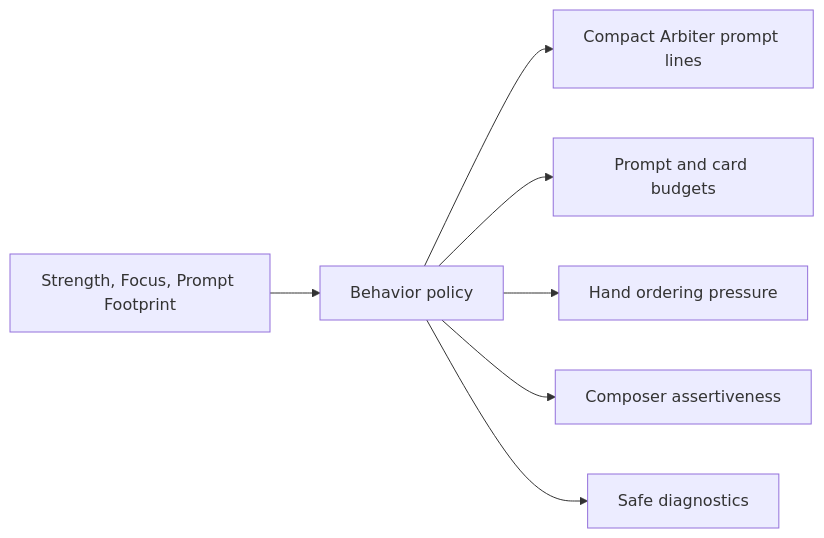
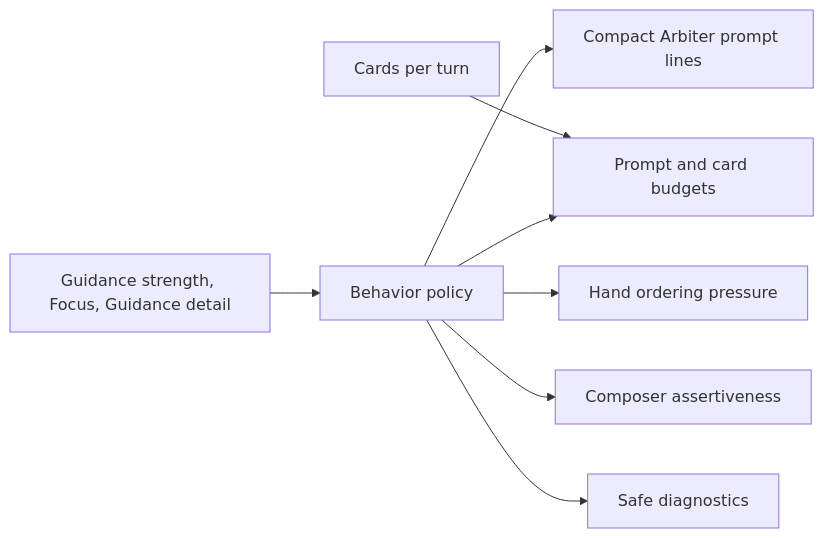
Before and after one commit to MentallyQuill/Recursion: the third of 3 diagrams in docs/user/RECURSION_OPERATOR_MANUAL.md, drawn with Mermaid. The commit also changed other lines of this file and 115 other files, not shown here.

````diff
--- a/docs/user/RECURSION_OPERATOR_MANUAL.md
+++ b/docs/user/RECURSION_OPERATOR_MANUAL.md
@@ -342,9 +344,10 @@
 ```mermaid
 flowchart LR
-    Settings["Strength, Focus, Prompt Footprint"] --> Policy["Behavior policy"]
+    Settings["Guidance strength, Focus, Guidance detail"] --> Policy["Behavior policy"]
+    Target["Cards per turn"] --> Budgets
     Policy --> Arbiter["Compact Arbiter prompt lines"]
     Policy --> Budgets["Prompt and card budgets"]
     Policy --> Hand["Hand ordering pressure"]
     Policy --> Composer["Composer assertiveness"]
     Policy --> Diagnostics["Safe diagnostics"]
 ```
````
